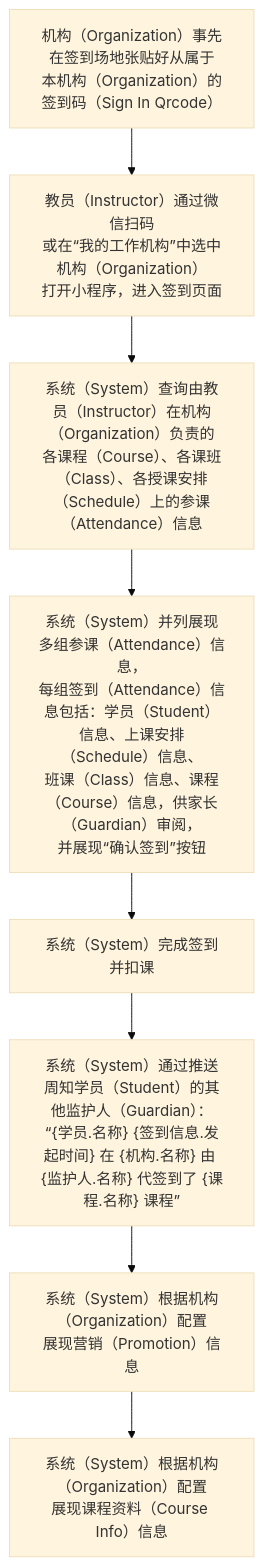
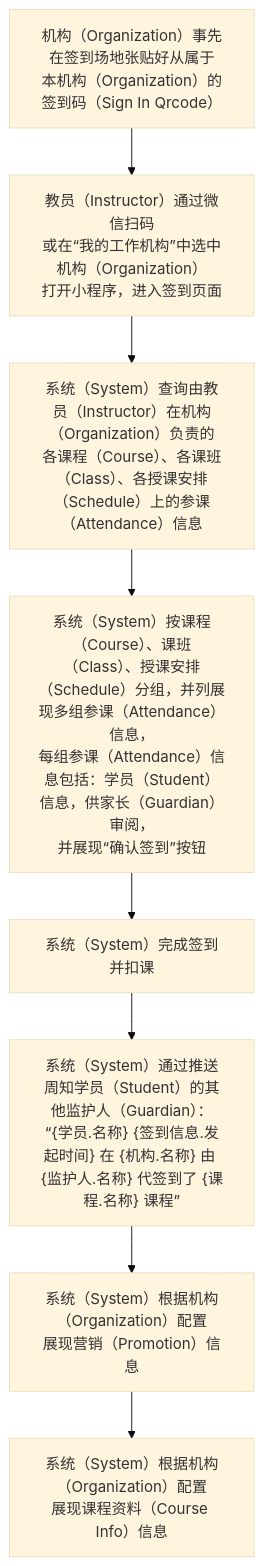
The third of 3 diagrams in 用例/签到.md (world-wide-web/sign), drawn with Mermaid (base theme) before and after one commit. The commit also changed other lines of this file, not shown here.

Commit message:
用例/签到.md updated from https://stackedit.io/

````diff
--- a/用例/签到.md
+++ b/用例/签到.md
@@ -81,18 +81,18 @@
 ```mermaid
 graph TD
 A["<center>机构（Organization）事先在签到场地张贴好从属于<br>本机构（Organization）的签到码（Sign In Qrcode）</center>"]
 B["<center>教员（Instructor）通过微信扫码<br>或在“我的工作机构”中选中机构（Organization）<br>打开小程序，进入签到页面</center>"]
 C["<center>系统（System）查询由教员（Instructor）在机构（Organization）负责的<br>各课程（Course）、各课班（Class）、各授课安排（Schedule）上的参课（Attendance）信息"]
-D["<center>系统（System）并列展现多组参课（Attendance）信息，<br>每组签到（Attendance）信息包括：学员（Student）信息、上课安排（Schedule）信息、<br>班课（Class）信息、课程（Course）信息，供家长（Guardian）审阅，<br>并展现“确认签到”按钮</center>"]
+D["<center>系统（System）按课程（Course）、课班（Class）、授课安排（Schedule）分组，并列展现多组参课（Attendance）信息，<br>每组参课（Attendance）信息包括：学员（Student）信息，供家长（Guardian）审阅，<br>并展现“确认签到”按钮</center>"]
 E["<center>系统（System）完成签到并扣课</center>"]
 F["<center>系统（System）通过推送周知学员（Student）的其他监护人（Guardian）：<br>“{学员.名称} {签到信息.发起时间} 在 {机构.名称} 由 {监护人.名称} 代签到了 {课程.名称} 课程”</center>"]
 G["<center>系统（System）根据机构（Organization）配置<br>展现营销（Promotion）信息</center>"]
 H["<center>系统（System）根据机构（Organization）配置<br>展现课程资料（Course Info）信息</center>"]
 A-->B
 B-->C
 C-->D
 D-->E
 E-->F
 F-->G
 G-->H
 ```
````
